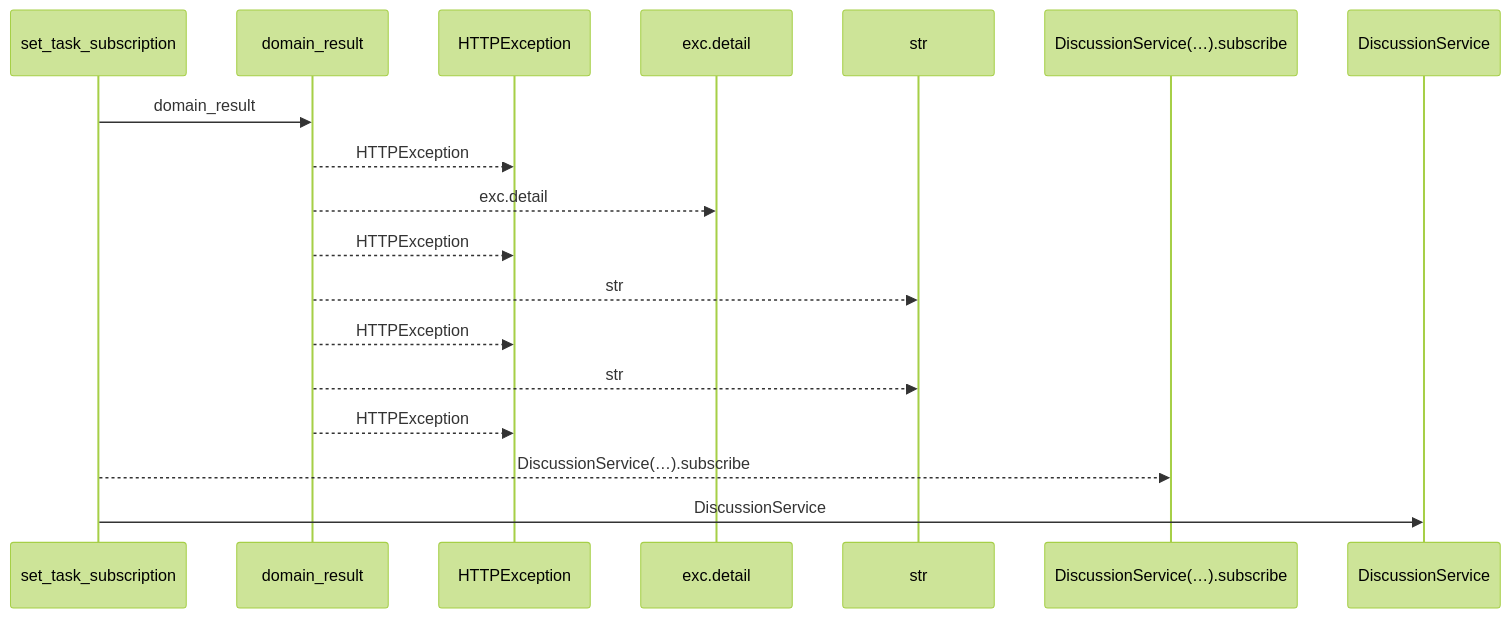
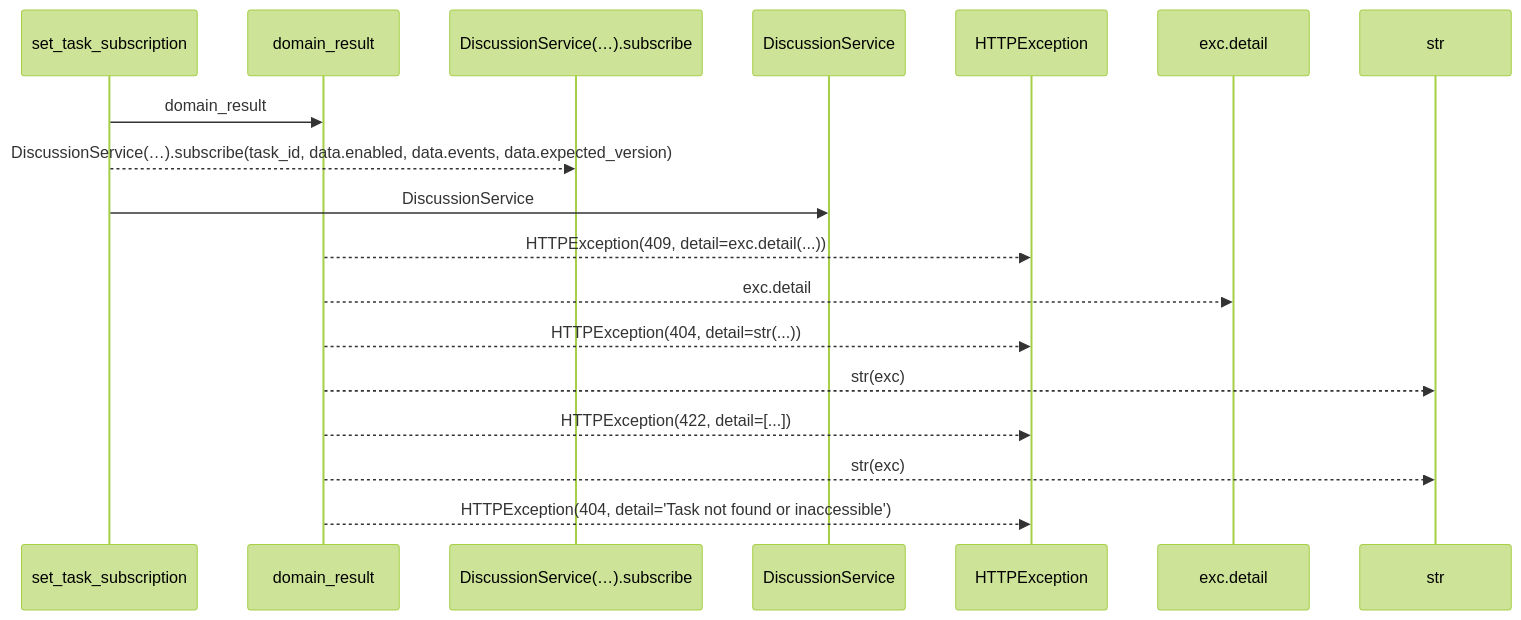
Before and after one commit to Denissvgn/WorkChord: the first of 2 diagrams in docs/llm_wiki/flows/http-set_task_subscription.md, drawn with Mermaid (forest theme). The commit also changed other lines of this file and 25171 other files, not shown here.

````diff
--- a/docs/llm_wiki/flows/http-set_task_subscription.md
+++ b/docs/llm_wiki/flows/http-set_task_subscription.md
@@ -10,20 +12,20 @@
 ```mermaid
 sequenceDiagram
     participant p0 as set_task_subscription
     participant p1 as domain_result
-    participant p2 as HTTPException
-    participant p3 as exc.detail
-    participant p4 as str
-    participant p5 as DiscussionService(…).subscribe
-    participant p6 as DiscussionService
+    participant p2 as DiscussionService(…).subscribe
+    participant p3 as DiscussionService
+    participant p4 as HTTPException
+    participant p5 as exc.detail
+    participant p6 as str
     p0->>p1: domain_result
-    p1-->>p2: HTTPException
-    p1-->>p3: exc.detail
-    p1-->>p2: HTTPException
-    p1-->>p4: str
-    p1-->>p2: HTTPException
-    p1-->>p4: str
-    p1-->>p2: HTTPException
-    p0-->>p5: DiscussionService(…).subscribe
-    p0->>p6: DiscussionService
+    p0-->>p2: DiscussionService(…).subscribe(task_id, data.enabled, data.events, data.expected_version)
+    p0->>p3: DiscussionService
+    p1-->>p4: HTTPException(409, detail=exc.detail(...))
+    p1-->>p5: exc.detail
+    p1-->>p4: HTTPException(404, detail=str(...))
+    p1-->>p6: str(exc)
+    p1-->>p4: HTTPException(422, detail=[...])
+    p1-->>p6: str(exc)
+    p1-->>p4: HTTPException(404, detail='Task not found or inaccessible')
 ```
````
